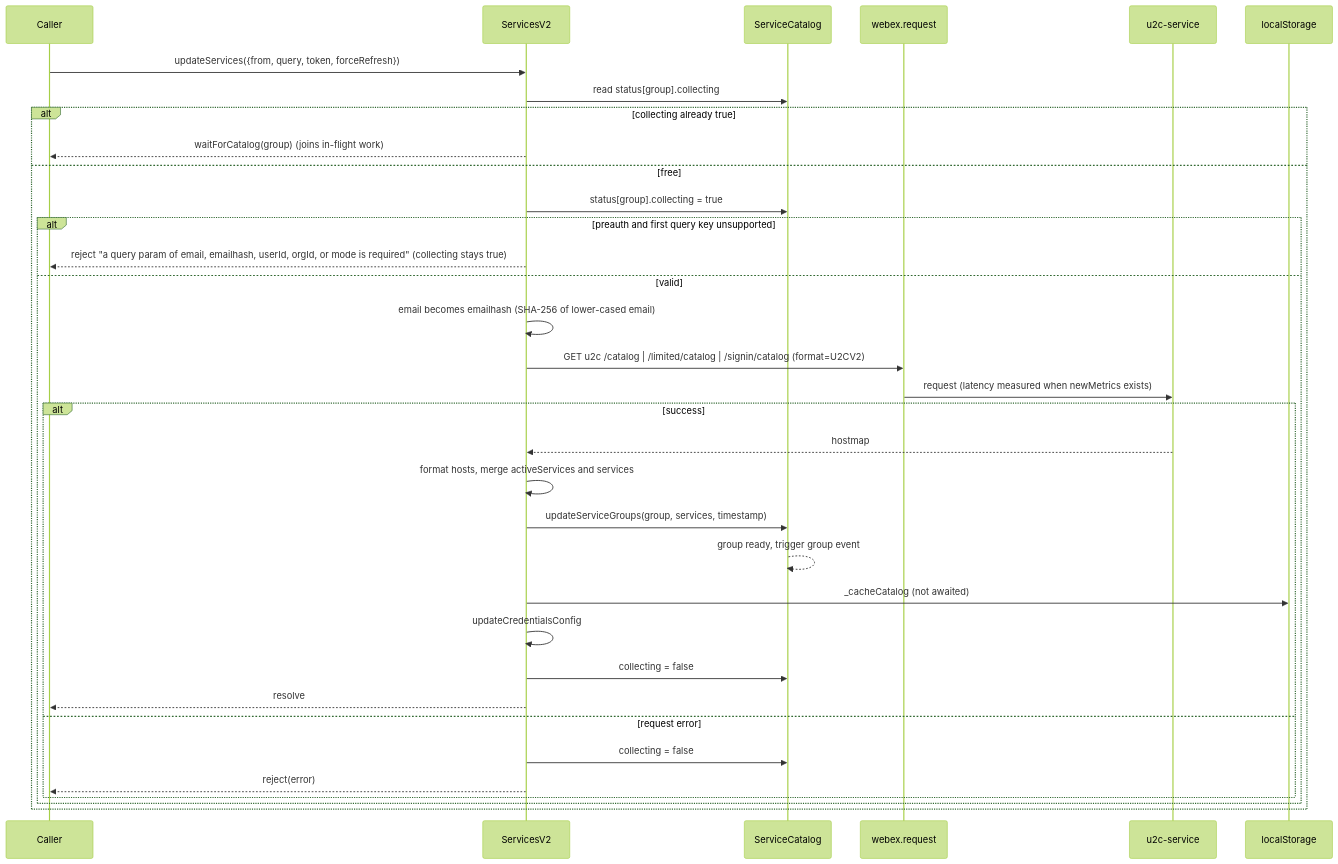
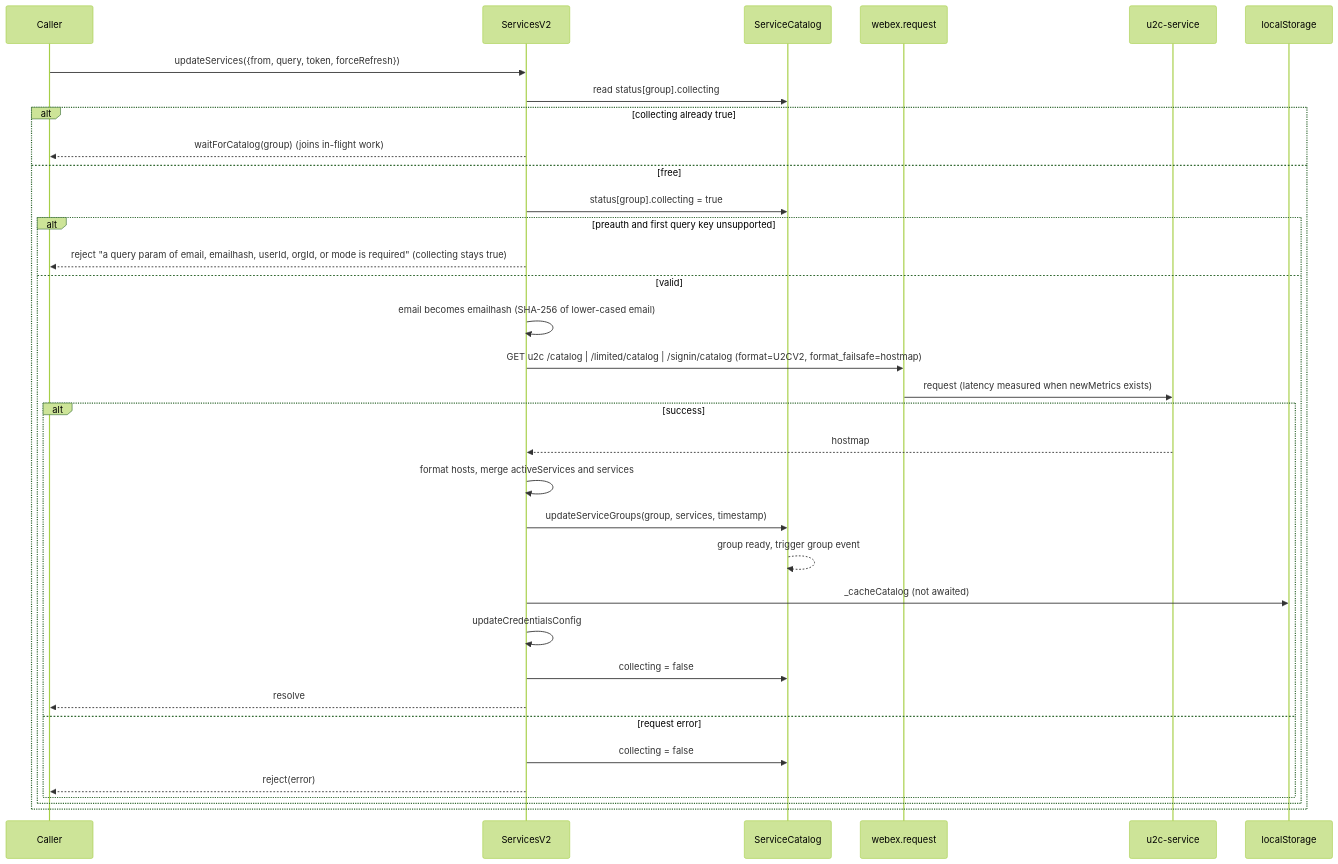
One commit to webex/webex-js-sdk changed the first of 11 diagrams in packages/@webex/webex-core/src/lib/services-v2/docs/README.md. Above: the diagram before and after it, drawn with Mermaid (forest theme). The commit also changed other lines of this file and 7 other files, not shown here.

````diff
--- a/packages/@webex/webex-core/src/lib/services-v2/docs/README.md
+++ b/packages/@webex/webex-core/src/lib/services-v2/docs/README.md
@@ -275,36 +275,36 @@
 ```mermaid
 sequenceDiagram
   participant Caller
   participant Plugin as ServicesV2
   participant Cat as ServiceCatalog
   participant Http as webex.request
   participant U2C as u2c-service
   participant Store as localStorage
   Caller->>Plugin: updateServices({from, query, token, forceRefresh})
   Plugin->>Cat: read status[group].collecting
   alt collecting already true
     Plugin-->>Caller: waitForCatalog(group) (joins in-flight work)
   else free
     Plugin->>Cat: status[group].collecting = true
     alt preauth and first query key unsupported
       Plugin-->>Caller: reject "a query param of email, emailhash, userId, orgId, or mode is required" (collecting stays true)
     else valid
       Plugin->>Plugin: email becomes emailhash (SHA-256 of lower-cased email)
-      Plugin->>Http: GET u2c /catalog | /limited/catalog | /signin/catalog (format=U2CV2)
+      Plugin->>Http: GET u2c /catalog | /limited/catalog | /signin/catalog (format=U2CV2, format_failsafe=hostmap)
       Http->>U2C: request (latency measured when newMetrics exists)
       alt success
         U2C-->>Plugin: hostmap
         Plugin->>Plugin: format hosts, merge activeServices and services
         Plugin->>Cat: updateServiceGroups(group, services, timestamp)
         Cat-->>Cat: group ready, trigger group event
         Plugin->>Store: _cacheCatalog (not awaited)
         Plugin->>Plugin: updateCredentialsConfig
         Plugin->>Cat: collecting = false
         Plugin-->>Caller: resolve
       else request error
         Plugin->>Cat: collecting = false
         Plugin-->>Caller: reject(error)
       end
     end
   end
 ```
````
